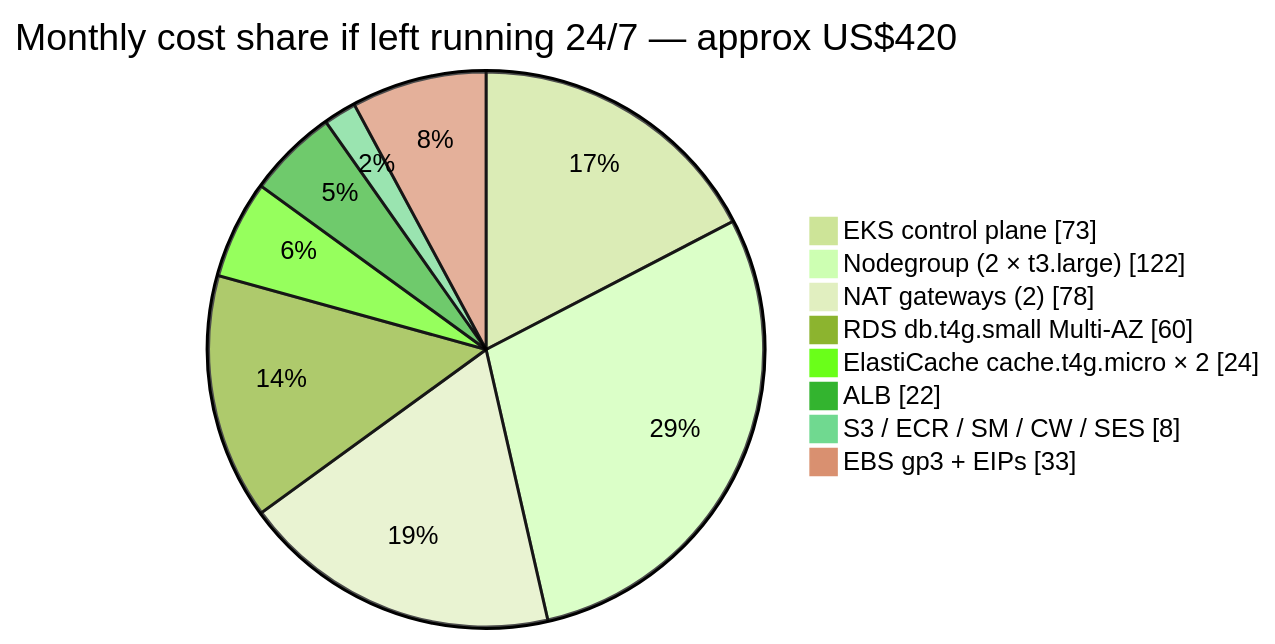
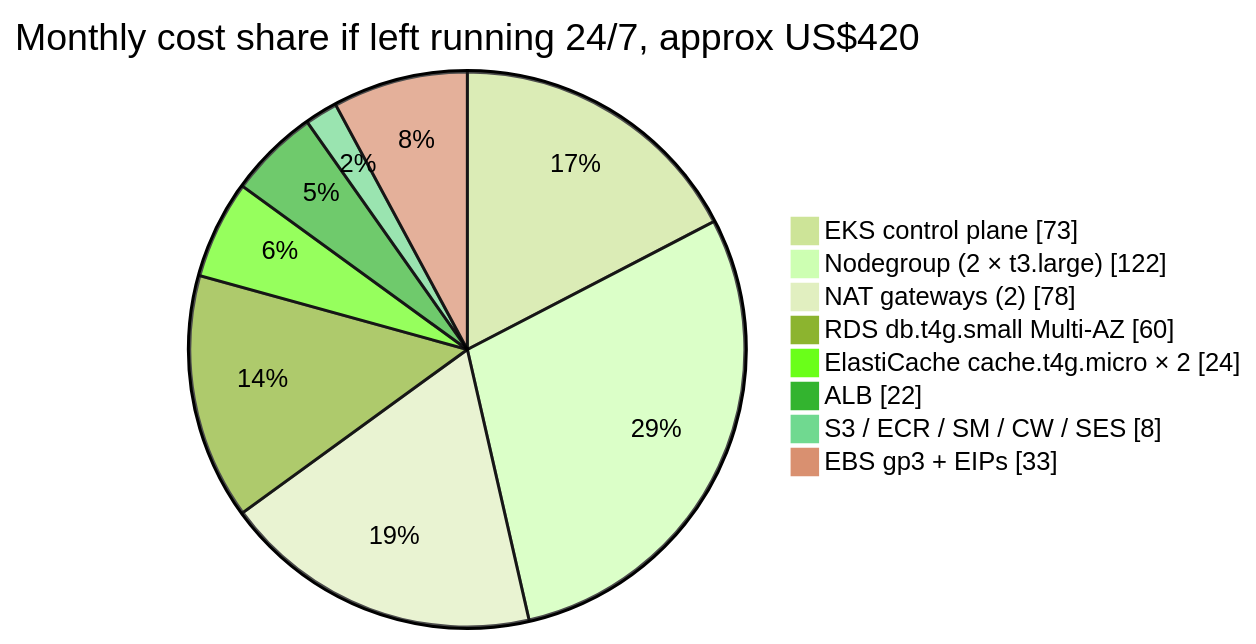
One commit to shirasakaren/infra-chatwoot changed the eighth of 9 diagrams in README.md. Above: the diagram before and after it, drawn with Mermaid (forest theme). The commit also changed other lines of this file, not shown here.

````diff
--- a/README.md
+++ b/README.md
@@ -558,12 +550,12 @@
 ```mermaid
 pie showData
-    title Monthly cost share if left running 24/7 — approx US$420
+    title Monthly cost share if left running 24/7, approx US$420
     "EKS control plane"   : 73
     "Nodegroup (2 × t3.large)" : 122
     "NAT gateways (2)"    : 78
     "RDS db.t4g.small Multi-AZ" : 60
     "ElastiCache cache.t4g.micro × 2" : 24
     "ALB"                 : 22
     "S3 / ECR / SM / CW / SES" : 8
     "EBS gp3 + EIPs"      : 33
 ```
````
